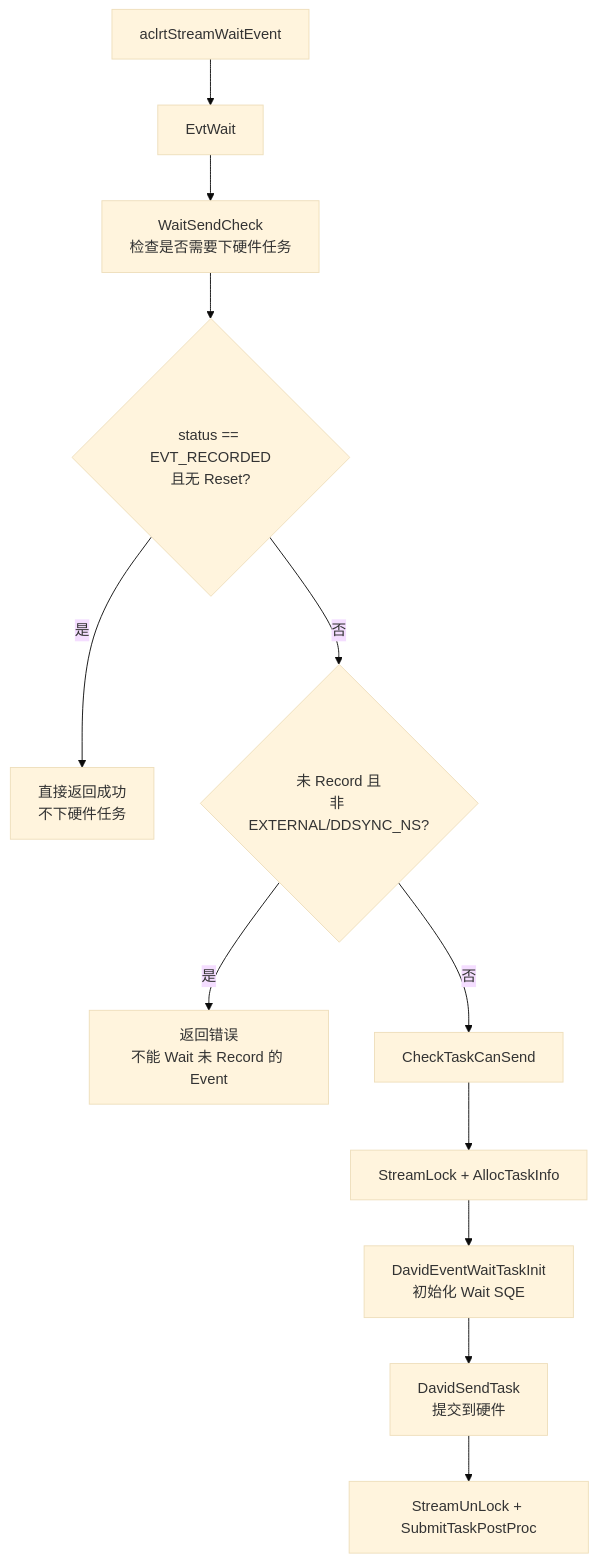
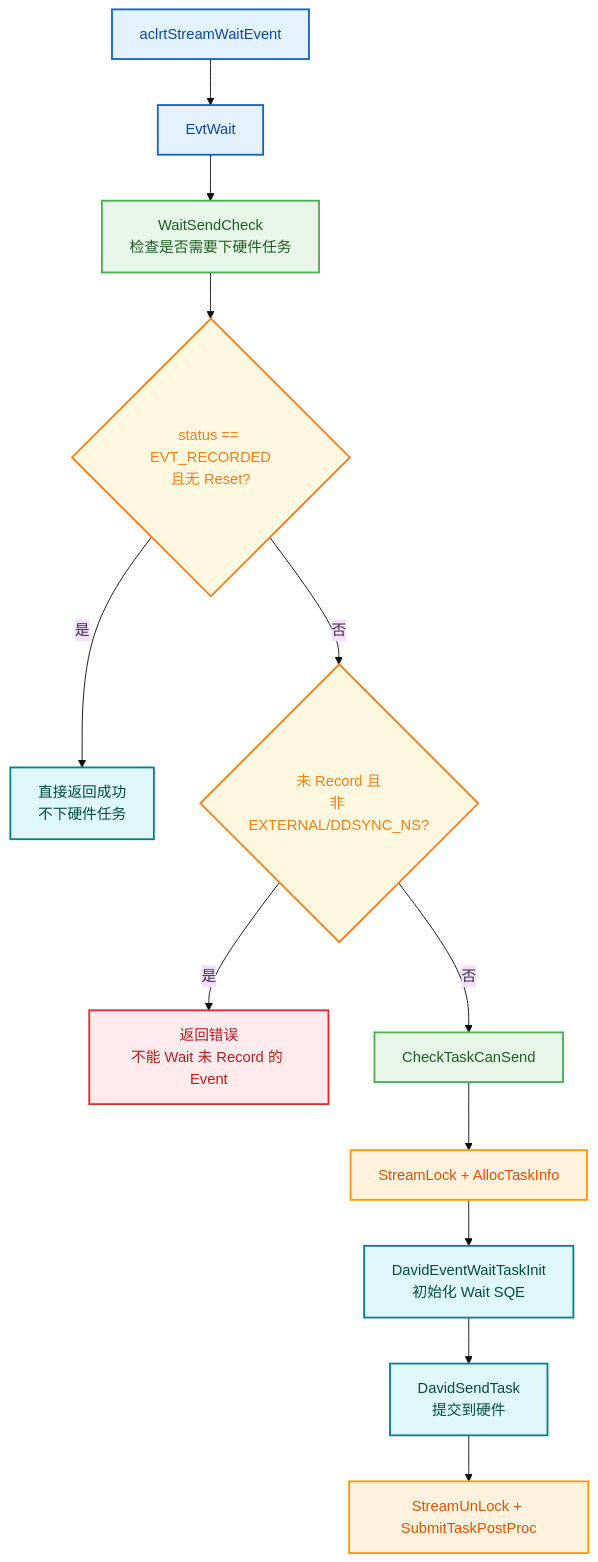
Before and after one commit to 18liumin/runtime: the fourth of 11 diagrams in docs/design/modules/event/event.md, drawn with Mermaid (base theme). The commit also changed other lines of this file, not shown here.

First line of the commit message:
docs/design/event: 参照task模块重构图表风格和内容结构

````diff
--- a/docs/design/modules/event/event.md
+++ b/docs/design/modules/event/event.md
@@ -221,14 +220,23 @@
 ```mermaid
+
 flowchart TD
-    A[aclrtStreamWaitEvent] --> B[EvtWait]
-    B --> C[WaitSendCheck<br/>检查是否需要下硬件任务]
-    C --> D{status == EVT_RECORDED<br/>且无 Reset?}
-    D -->|是| E[直接返回成功<br/>不下硬件任务]
-    D -->|否| F{未 Record 且<br/>非 EXTERNAL/DDSYNC_NS?}
-    F -->|是| G[返回错误<br/>不能 Wait 未 Record 的 Event]
-    F -->|否| H[CheckTaskCanSend]
-    H --> I[StreamLock + AllocTaskInfo]
-    I --> J[DavidEventWaitTaskInit<br/>初始化 Wait SQE]
-    J --> K[DavidSendTask<br/>提交到硬件]
-    K --> L[StreamUnLock + SubmitTaskPostProc]
+    classDef userStyle fill:#E3F2FD,stroke:#1565C0,stroke-width:2px,color:#0D47A1
+    classDef lockStyle fill:#FFF3E0,stroke:#FF9800,stroke-width:2px,color:#E65100
+    classDef allocStyle fill:#E8F5E9,stroke:#4CAF50,stroke-width:2px,color:#1B5E20
+    classDef decisionStyle fill:#FFF8E1,stroke:#F57F17,stroke-width:2px,color:#F57F17
+    classDef errorStyle fill:#FFEBEE,stroke:#D32F2F,stroke-width:2px,color:#B71C1C
+    classDef successStyle fill:#E0F7FA,stroke:#00838F,stroke-width:2px,color:#004D40
+
+    A["aclrtStreamWaitEvent"]:::userStyle --> B["EvtWait"]:::userStyle
+    B --> C["WaitSendCheck<br/>检查是否需要下硬件任务"]:::allocStyle
+    C --> D{"status == EVT_RECORDED<br/>且无 Reset?"}:::decisionStyle
+    D -->|是| E["直接返回成功<br/>不下硬件任务"]:::successStyle
+    D -->|否| F{"未 Record 且<br/>非 EXTERNAL/DDSYNC_NS?"}:::decisionStyle
+    F -->|是| G["返回错误<br/>不能 Wait 未 Record 的 Event"]:::errorStyle
+    F -->|否| H["CheckTaskCanSend"]:::allocStyle
+    H --> I["StreamLock + AllocTaskInfo"]:::lockStyle
+    I --> J["DavidEventWaitTaskInit<br/>初始化 Wait SQE"]:::successStyle
+    J --> K["DavidSendTask<br/>提交到硬件"]:::successStyle
+    K --> L["StreamUnLock + SubmitTaskPostProc"]:::lockStyle
+
 ```
````
